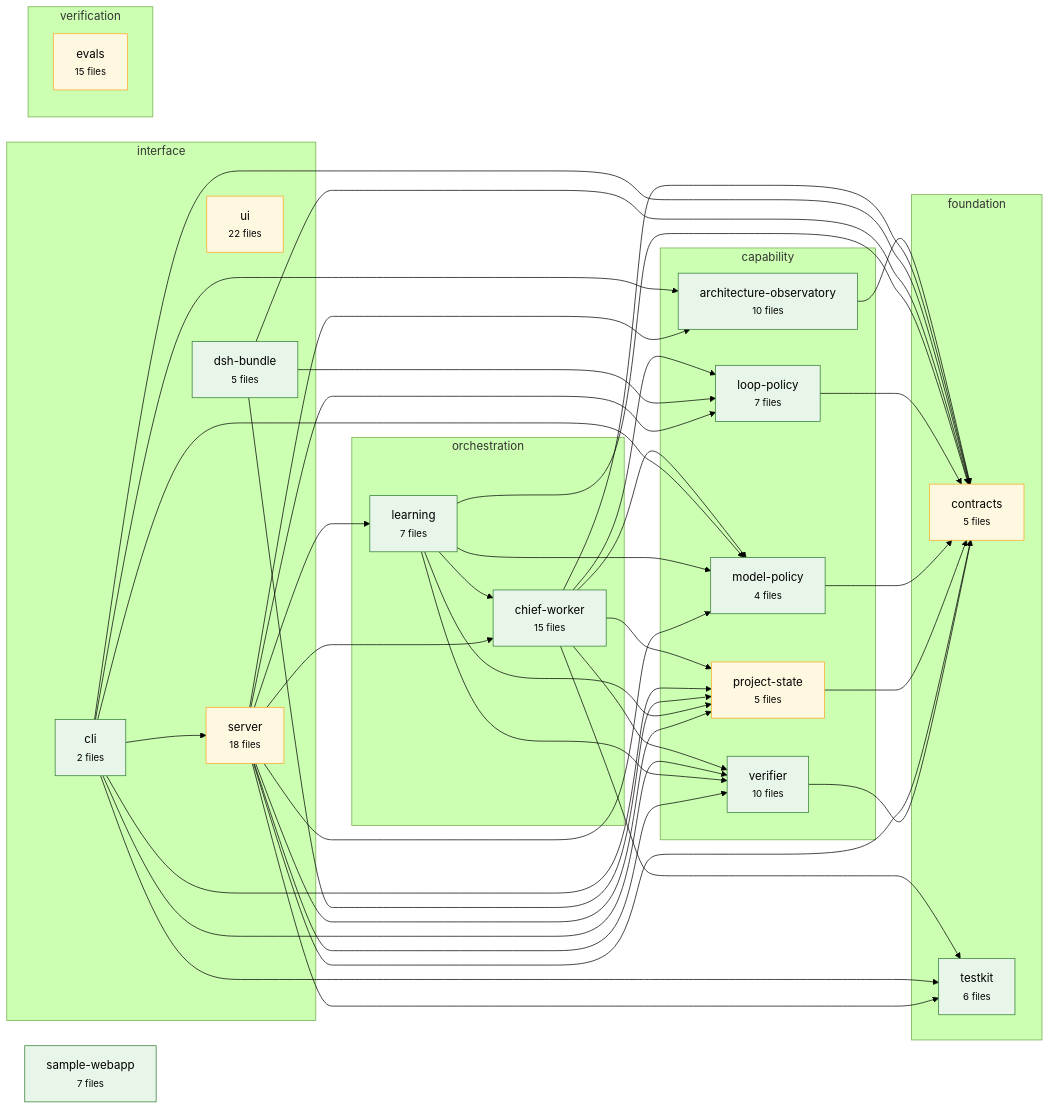
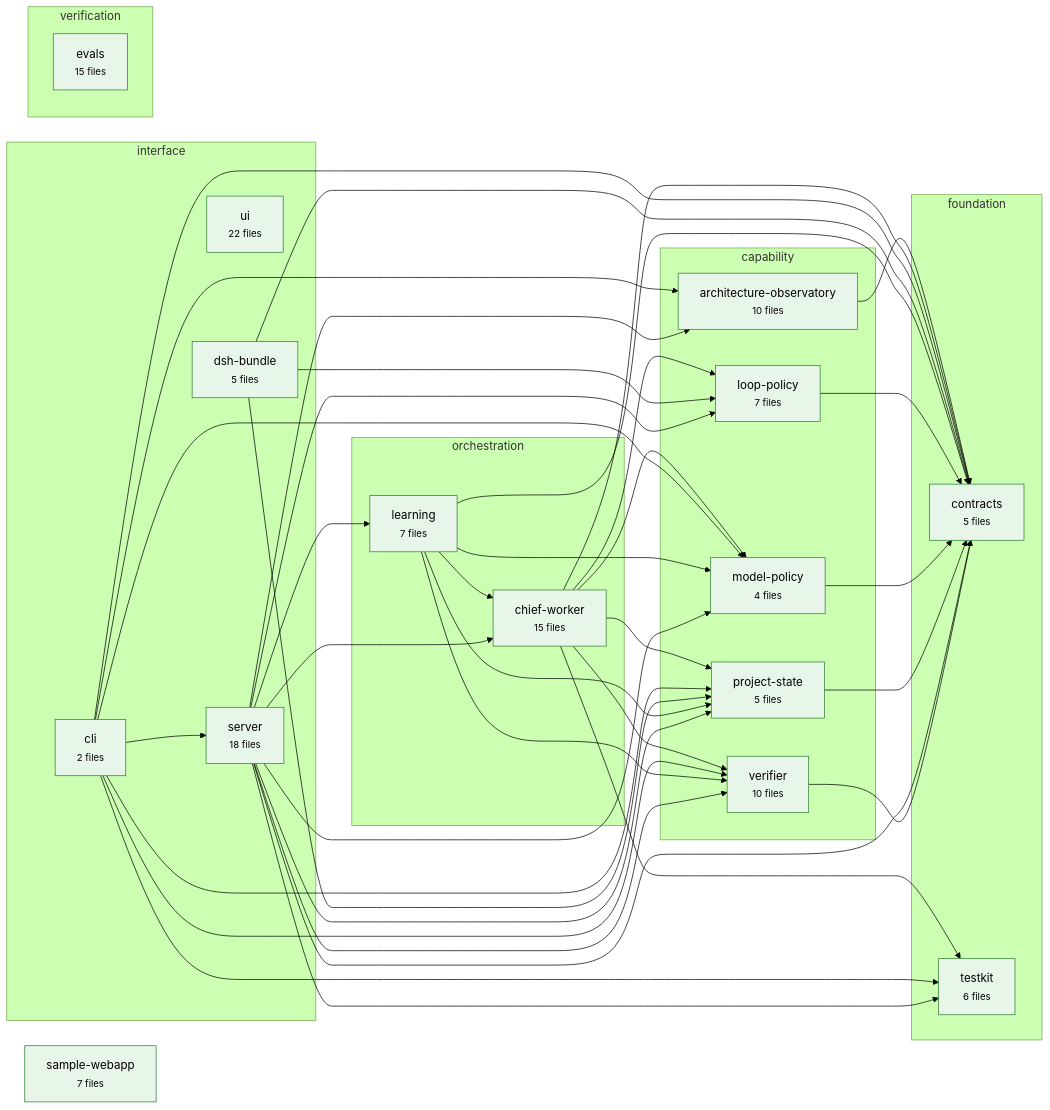
The diagram in .architecture/graph.mmd (CharAzinabulu0079/dgx-super-agent), drawn with Mermaid (forest theme) before and after one commit. The commit also changed 3 other files, not shown here.

First line of the commit message:
Cloud v1.1: fresh-clone verification record, architecture snapshot, red-team report

```diff
--- a/.architecture/graph.mmd
+++ b/.architecture/graph.mmd
@@ -1,81 +1,81 @@
 flowchart LR
   subgraph layer_foundation["foundation"]
     contracts["contracts<br/><small>5 files</small>"]
     testkit["testkit<br/><small>6 files</small>"]
   end
   subgraph layer_capability["capability"]
     project_state["project-state<br/><small>5 files</small>"]
     verifier["verifier<br/><small>10 files</small>"]
     loop_policy["loop-policy<br/><small>7 files</small>"]
     model_policy["model-policy<br/><small>4 files</small>"]
     architecture_observatory["architecture-observatory<br/><small>10 files</small>"]
   end
   subgraph layer_orchestration["orchestration"]
     learning["learning<br/><small>7 files</small>"]
     chief_worker["chief-worker<br/><small>15 files</small>"]
   end
   subgraph layer_interface["interface"]
     server["server<br/><small>18 files</small>"]
     cli["cli<br/><small>2 files</small>"]
     ui["ui<br/><small>22 files</small>"]
     dsh_bundle["dsh-bundle<br/><small>5 files</small>"]
   end
   subgraph layer_verification["verification"]
     evals["evals<br/><small>15 files</small>"]
   end
   sample_webapp["sample-webapp<br/><small>7 files</small>"]
   architecture_observatory --> contracts
   chief_worker --> contracts
   chief_worker --> loop_policy
   chief_worker --> model_policy
   chief_worker --> project_state
   chief_worker --> testkit
   chief_worker --> verifier
   cli --> architecture_observatory
   cli --> contracts
   cli --> model_policy
   cli --> project_state
   cli --> server
   cli --> testkit
   cli --> verifier
   dsh_bundle --> contracts
   dsh_bundle --> loop_policy
   dsh_bundle --> project_state
   learning --> chief_worker
   learning --> contracts
   learning --> model_policy
   learning --> project_state
   learning --> verifier
   loop_policy --> contracts
   model_policy --> contracts
   project_state --> contracts
   server --> architecture_observatory
   server --> chief_worker
   server --> contracts
   server --> learning
   server --> loop_policy
   server --> model_policy
   server --> project_state
   server --> testkit
   server --> verifier
   verifier --> contracts
   classDef stable fill:#e8f5e9,stroke:#2e7d32
   classDef changing fill:#fff8e1,stroke:#f9a825
   classDef worker_active fill:#e3f2fd,stroke:#1565c0
   classDef gate_failed fill:#ffebee,stroke:#c62828
   classDef protected stroke:#6a1b9a,stroke-width:3px
-  class contracts changing
+  class contracts stable
   class testkit stable
-  class project_state changing
+  class project_state stable
   class verifier stable
   class loop_policy stable
   class model_policy stable
   class architecture_observatory stable
   class learning stable
   class chief_worker stable
-  class server changing
+  class server stable
   class cli stable
-  class ui changing
+  class ui stable
   class dsh_bundle stable
-  class evals changing
+  class evals stable
   class sample_webapp stable
```
